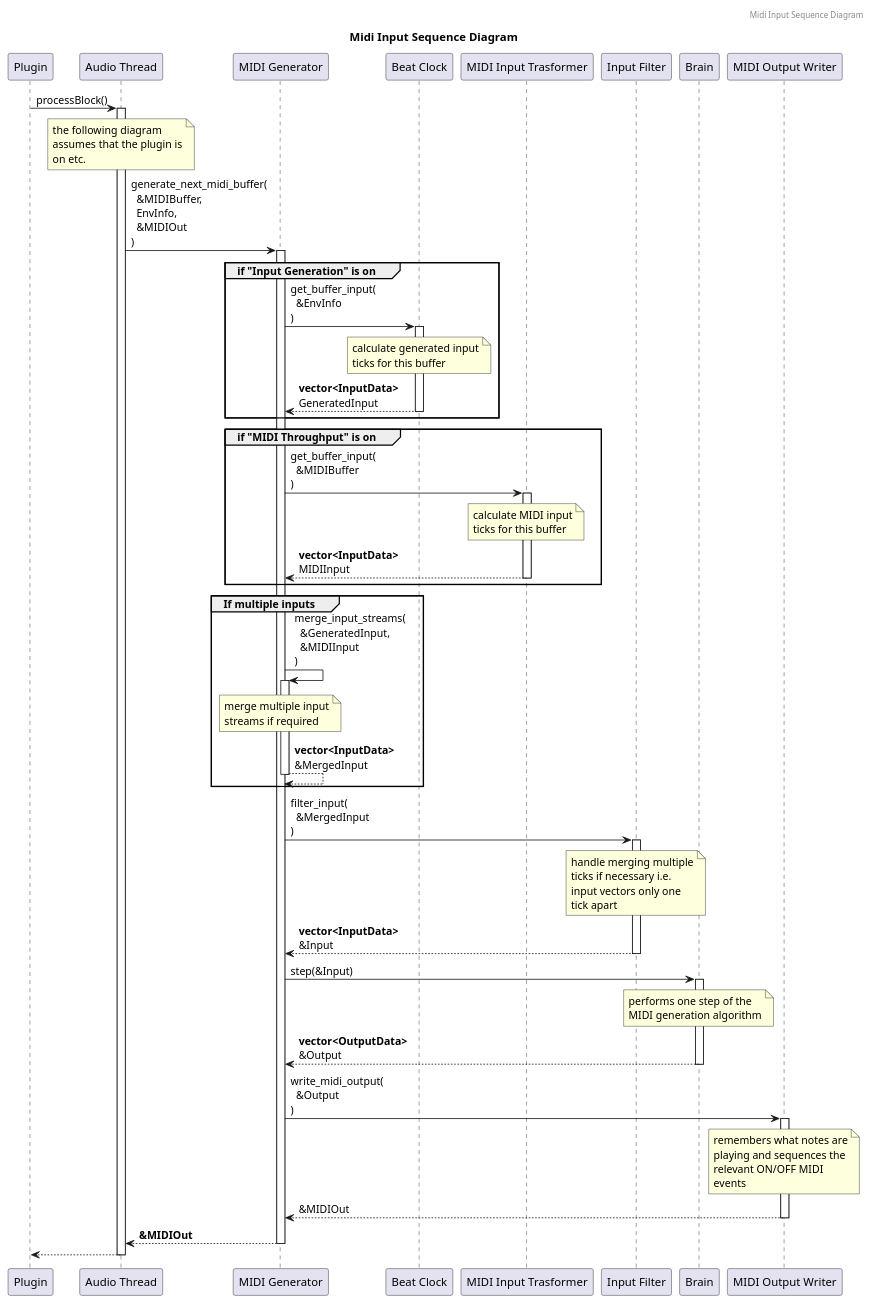
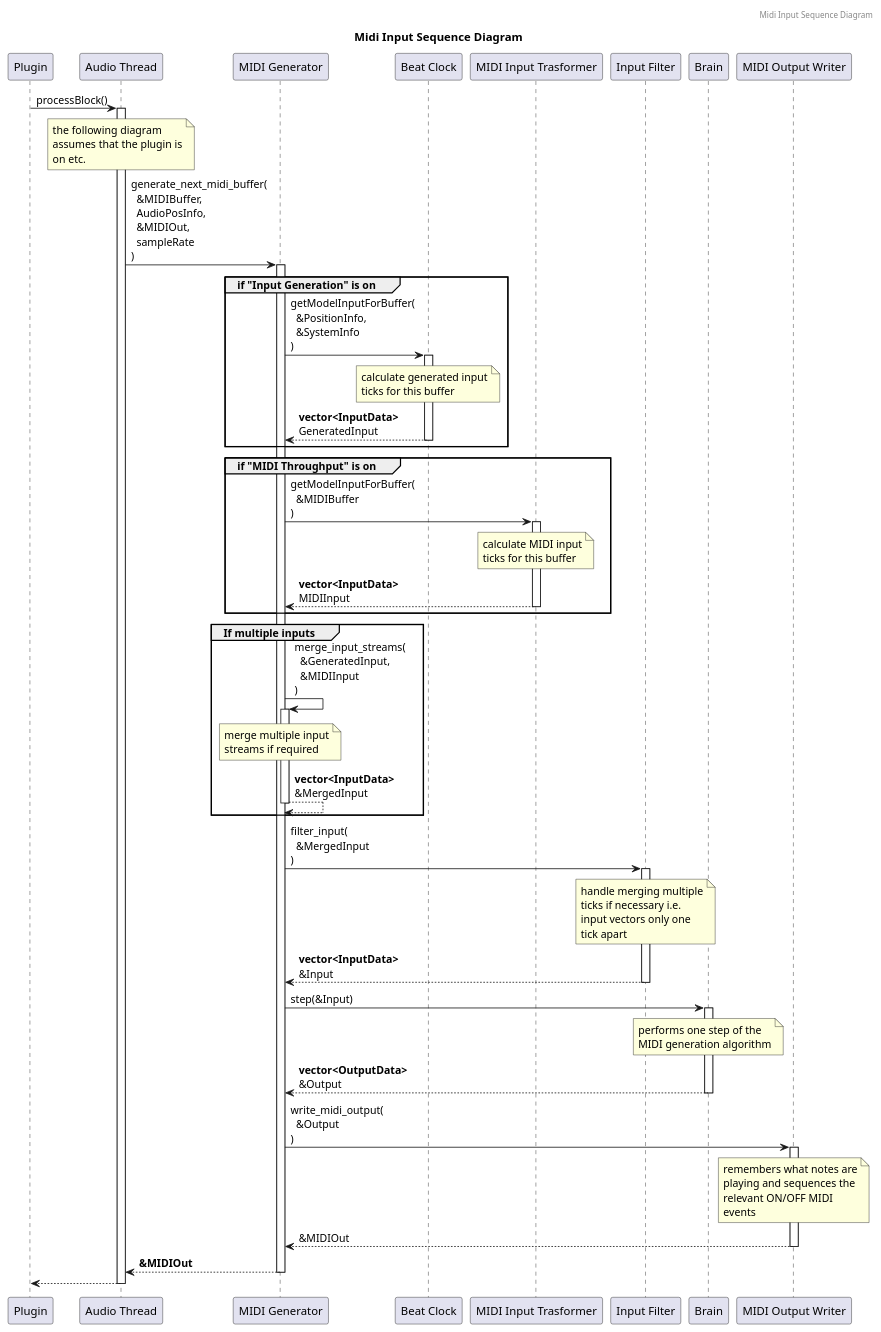
Before and after one commit to bentilley/neuron-plug: the diagram in docs/midi-input/midi-input-sequence-diagram.plantuml, drawn with PlantUML. The commit also changed 4 other files, not shown here.

First line of the commit message:
MidiInputTransformer - rename parseMidiInput to getModelInputForBuffer

```diff
--- a/docs/midi-input/midi-input-sequence-diagram.plantuml
+++ b/docs/midi-input/midi-input-sequence-diagram.plantuml
@@ -6,60 +6,60 @@
 @startuml
 
 header Midi Input Sequence Diagram
 title Midi Input Sequence Diagram
 
 participant "Plugin"
 participant "Audio Thread" as Audio
 participant "MIDI Generator" as Generator
 participant "Beat Clock" as Clock
 participant "MIDI Input Trasformer" as Transformer
 participant "Input Filter" as Filter
 participant "Brain" as Brain
 participant "MIDI Output Writer" as Writer
 
 Plugin -> Audio : processBlock()
 note over Audio : the following diagram\nassumes that the plugin is\non etc.
 activate Audio
-Audio -> Generator : generate_next_midi_buffer(\n  &MIDIBuffer,\n  EnvInfo,\n  &MIDIOut\n)
+Audio -> Generator : generate_next_midi_buffer(\n  &MIDIBuffer,\n  AudioPosInfo,\n  &MIDIOut,\n  sampleRate\n)
 activate Generator
 
 group if "Input Generation" is on
-  Generator -> Clock : get_buffer_input(\n  &EnvInfo\n)
+  Generator -> Clock : getModelInputForBuffer(\n  &PositionInfo,\n  &SystemInfo\n)
   activate Clock
   note over Clock : calculate generated input\nticks for this buffer
   return **vector<InputData>**\nGeneratedInput
 end
 
 group if "MIDI Throughput" is on
-  Generator -> Transformer : get_buffer_input(\n  &MIDIBuffer\n)
+  Generator -> Transformer : getModelInputForBuffer(\n  &MIDIBuffer\n)
   activate Transformer
   note over Transformer : calculate MIDI input\nticks for this buffer
   return **vector<InputData>**\nMIDIInput
 end
 
 group If multiple inputs
   Generator -> Generator : merge_input_streams(\n  &GeneratedInput,\n  &MIDIInput\n)
   activate Generator
   note over Generator : merge multiple input\nstreams if required
   return **vector<InputData>**\n&MergedInput
 end
 
 Generator -> Filter : filter_input(\n  &MergedInput\n)
 activate Filter
 note over Filter : handle merging multiple\nticks if necessary i.e.\ninput vectors only one\ntick apart
 return **vector<InputData>**\n&Input
 
 Generator -> Brain : step(&Input)
 activate Brain
 note over Brain : performs one step of the\nMIDI generation algorithm
 return **vector<OutputData>**\n&Output
 
 Generator -> Writer : write_midi_output(\n  &Output\n)
 activate Writer
 note over Writer : remembers what notes are\nplaying and sequences the\nrelevant ON/OFF MIDI\nevents
 return &MIDIOut
 
 return **&MIDIOut**
 
 return
 @enduml
```
